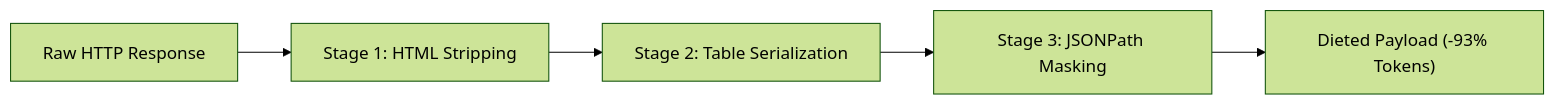
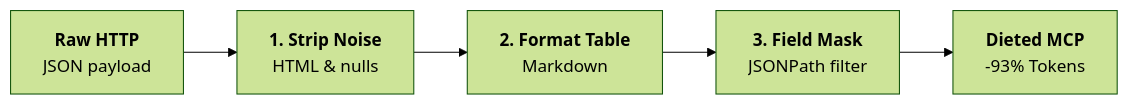
One commit to BraveRam/postmcp changed the diagram in packages/studio/content/docs/token-diet/pipeline.mdx. Above: the diagram before and after it, drawn with Mermaid (forest theme). The commit also changed 14 other files, not shown here.

Commit message:
docs(mermaid): standardize documentation diagrams to compact horizontal flowchart layout (v0.1.24)

````diff
--- a/packages/studio/content/docs/token-diet/pipeline.mdx
+++ b/packages/studio/content/docs/token-diet/pipeline.mdx
@@ -5,7 +5,8 @@
 ```mermaid
-graph LR
-  Raw["Raw HTTP Response"] --> S1["Stage 1: HTML Stripping"]
-  S1 --> S2["Stage 2: Table Serialization"]
-  S2 --> S3["Stage 3: JSONPath Masking"]
-  S3 --> Out["Dieted Payload (-93% Tokens)"]
+flowchart LR
+  Raw["<b>Raw HTTP</b><br/>JSON payload"]
+  --> S1["<b>1. Strip Noise</b><br/>HTML & nulls"]
+  --> S2["<b>2. Format Table</b><br/>Markdown"]
+  --> S3["<b>3. Field Mask</b><br/>JSONPath filter"]
+  --> Out["<b>Dieted MCP</b><br/>-93% Tokens"]
 ```
````
